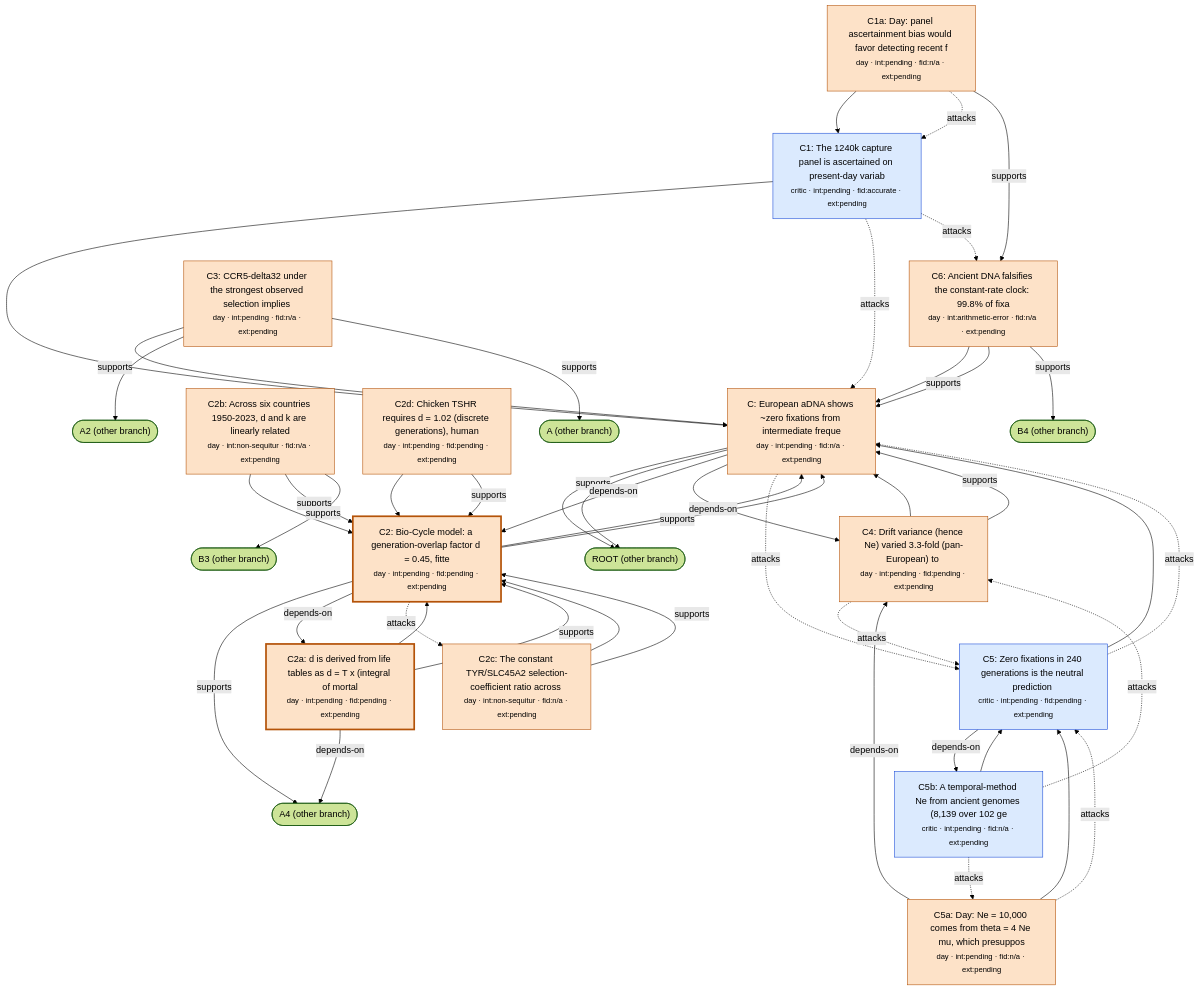
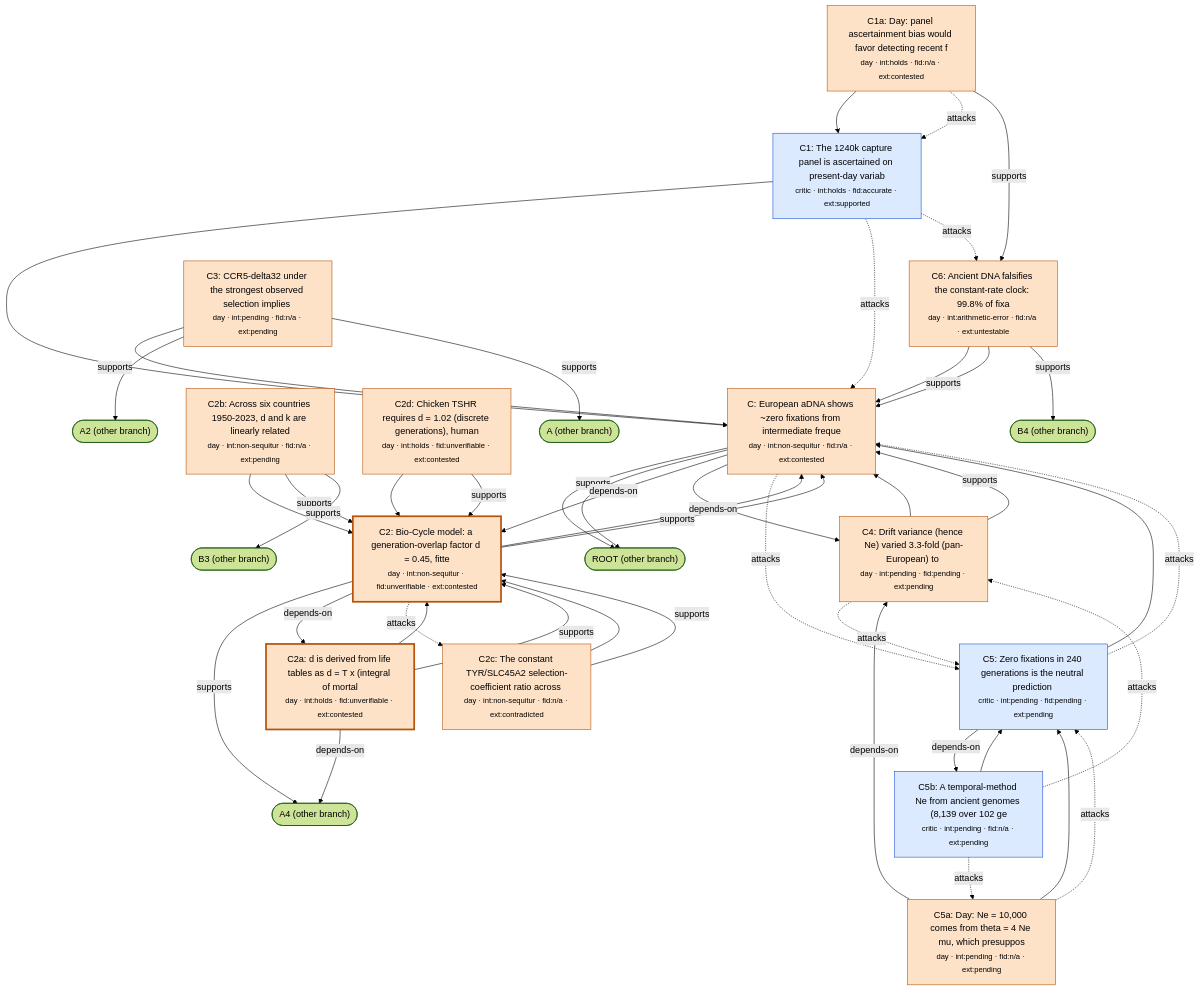
One commit to nickallevato/evo-sim changed the diagram in docs/research/hierarchy/branch-C.md. Above: the diagram before and after it, drawn with Mermaid (forest theme). The commit also changed 92 other files, not shown here.

````diff
--- a/docs/research/hierarchy/branch-C.md
+++ b/docs/research/hierarchy/branch-C.md
@@ -3,81 +3,81 @@
 ```mermaid
 flowchart TD
-  n_C["C: European aDNA shows ~zero fixations from intermediate freque<br/><small>day · int:pending · fid:n/a · ext:pending</small>"]
+  n_C["C: European aDNA shows ~zero fixations from intermediate freque<br/><small>day · int:non-sequitur · fid:n/a · ext:contested</small>"]
   style n_C fill:#fde2c8,stroke:#b45309
   n_C --> n_ROOT
   n_C -->|supports| n_ROOT
   n_C -->|depends-on| n_C2
   n_C -->|depends-on| n_C4
   n_C -.->|attacks| n_C5
-  n_C1["C1: The 1240k capture panel is ascertained on present-day variab<br/><small>critic · int:pending · fid:accurate · ext:pending</small>"]
+  n_C1["C1: The 1240k capture panel is ascertained on present-day variab<br/><small>critic · int:holds · fid:accurate · ext:supported</small>"]
   style n_C1 fill:#dbeafe,stroke:#1d4ed8
   n_C1 --> n_C
   n_C1 -.->|attacks| n_C
   n_C1 -.->|attacks| n_C6
-  n_C1a["C1a: Day: panel ascertainment bias would favor detecting recent f<br/><small>day · int:pending · fid:n/a · ext:pending</small>"]
+  n_C1a["C1a: Day: panel ascertainment bias would favor detecting recent f<br/><small>day · int:holds · fid:n/a · ext:contested</small>"]
   style n_C1a fill:#fde2c8,stroke:#b45309
   n_C1a --> n_C1
   n_C1a -.->|attacks| n_C1
   n_C1a -->|supports| n_C6
-  n_C2["C2: Bio-Cycle model: a generation-overlap factor d = 0.45, fitte<br/><small>day · int:pending · fid:pending · ext:pending</small>"]
+  n_C2["C2: Bio-Cycle model: a generation-overlap factor d = 0.45, fitte<br/><small>day · int:non-sequitur · fid:unverifiable · ext:contested</small>"]
   style n_C2 fill:#fde2c8,stroke:#b45309,stroke-width:3px
   n_C2 --> n_C
   n_C2 -->|supports| n_C
   n_C2 -->|supports| n_A4
   n_C2 -->|depends-on| n_C2a
   n_C2 -.->|attacks| n_C2c
-  n_C2a["C2a: d is derived from life tables as d = T x (integral of mortal<br/><small>day · int:pending · fid:pending · ext:pending</small>"]
+  n_C2a["C2a: d is derived from life tables as d = T x (integral of mortal<br/><small>day · int:holds · fid:unverifiable · ext:contested</small>"]
   style n_C2a fill:#fde2c8,stroke:#b45309,stroke-width:3px
   n_C2a --> n_C2
   n_C2a -->|supports| n_C2
   n_C2a -->|depends-on| n_A4
   n_C2b["C2b: Across six countries 1950-2023, d and k are linearly related<br/><small>day · int:non-sequitur · fid:n/a · ext:pending</small>"]
   style n_C2b fill:#fde2c8,stroke:#b45309
   n_C2b --> n_C2
   n_C2b -->|supports| n_C2
   n_C2b -->|supports| n_B3
-  n_C2c["C2c: The constant TYR/SLC45A2 selection-coefficient ratio across <br/><small>day · int:non-sequitur · fid:n/a · ext:pending</small>"]
+  n_C2c["C2c: The constant TYR/SLC45A2 selection-coefficient ratio across <br/><small>day · int:non-sequitur · fid:n/a · ext:contradicted</small>"]
   style n_C2c fill:#fde2c8,stroke:#b45309
   n_C2c --> n_C2
   n_C2c -->|supports| n_C2
-  n_C2d["C2d: Chicken TSHR requires d = 1.02 (discrete generations), human<br/><small>day · int:pending · fid:pending · ext:pending</small>"]
+  n_C2d["C2d: Chicken TSHR requires d = 1.02 (discrete generations), human<br/><small>day · int:holds · fid:unverifiable · ext:contested</small>"]
   style n_C2d fill:#fde2c8,stroke:#b45309
   n_C2d --> n_C2
   n_C2d -->|supports| n_C2
   n_C3["C3: CCR5-delta32 under the strongest observed selection implies <br/><small>day · int:pending · fid:n/a · ext:pending</small>"]
   style n_C3 fill:#fde2c8,stroke:#b45309
   n_C3 --> n_C
   n_C3 -->|supports| n_A2
   n_C3 -->|supports| n_A
   n_C4["C4: Drift variance (hence Ne) varied 3.3-fold (pan-European) to <br/><small>day · int:pending · fid:pending · ext:pending</small>"]
   style n_C4 fill:#fde2c8,stroke:#b45309
   n_C4 --> n_C
   n_C4 -->|supports| n_C
   n_C4 -.->|attacks| n_C5
   n_C5["C5: Zero fixations in 240 generations is the neutral prediction <br/><small>critic · int:pending · fid:pending · ext:pending</small>"]
   style n_C5 fill:#dbeafe,stroke:#1d4ed8
   n_C5 --> n_C
   n_C5 -.->|attacks| n_C
   n_C5 -->|depends-on| n_C5b
   n_C5a["C5a: Day: Ne = 10,000 comes from theta = 4 Ne mu, which presuppos<br/><small>day · int:pending · fid:n/a · ext:pending</small>"]
   style n_C5a fill:#fde2c8,stroke:#b45309
   n_C5a --> n_C5
   n_C5a -.->|attacks| n_C5
   n_C5a -->|depends-on| n_C4
   n_C5b["C5b: A temporal-method Ne from ancient genomes (8,139 over 102 ge<br/><small>critic · int:pending · fid:n/a · ext:pending</small>"]
   style n_C5b fill:#dbeafe,stroke:#1d4ed8
   n_C5b --> n_C5
   n_C5b -.->|attacks| n_C5a
   n_C5b -.->|attacks| n_C4
-  n_C6["C6: Ancient DNA falsifies the constant-rate clock: 99.8% of fixa<br/><small>day · int:arithmetic-error · fid:n/a · ext:pending</small>"]
+  n_C6["C6: Ancient DNA falsifies the constant-rate clock: 99.8% of fixa<br/><small>day · int:arithmetic-error · fid:n/a · ext:untestable</small>"]
   style n_C6 fill:#fde2c8,stroke:#b45309
   n_C6 --> n_C
   n_C6 -->|supports| n_C
   n_C6 -->|supports| n_B4
   n_A(["A (other branch)"])
   n_A2(["A2 (other branch)"])
   n_A4(["A4 (other branch)"])
   n_B3(["B3 (other branch)"])
   n_B4(["B4 (other branch)"])
   n_ROOT(["ROOT (other branch)"])
 ```
````
